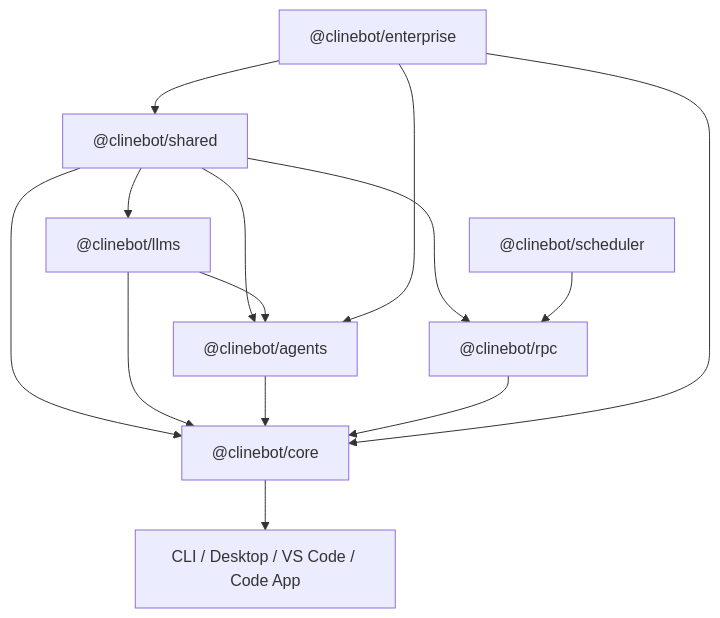
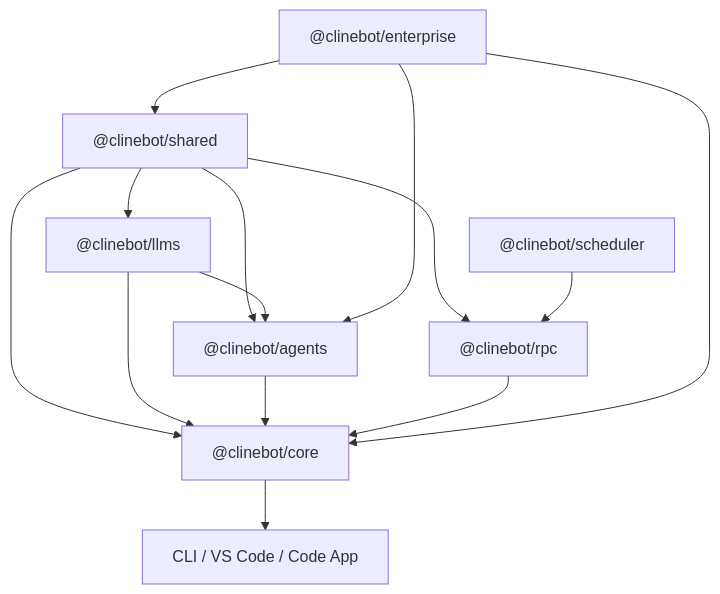
The diagram in sdk/AGENTS.md (Dastan-Prince/cline-cn), drawn with Mermaid before and after one commit. The commit also changed 160 other files, not shown here.

First line of the commit message:
chore: removes desktop app example (#176)

````diff
--- a/sdk/AGENTS.md
+++ b/sdk/AGENTS.md
@@ -28,10 +28,10 @@
 ```mermaid
 flowchart TD
   shared["@clinebot/shared"] --> llms["@clinebot/llms"] & agents["@clinebot/agents"] & rpc["@clinebot/rpc"] & core["@clinebot/core"]
   llms --> agents & core
   scheduler["@clinebot/scheduler"] --> rpc
   agents --> core
   rpc --> core
   enterprise["@clinebot/enterprise"] --> agents & core & shared
-  core --> apps["CLI / Desktop / VS Code / Code App"]
+  core --> apps["CLI / VS Code / Code App"]
 ```
````
